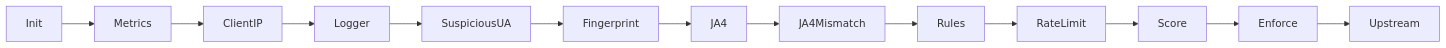
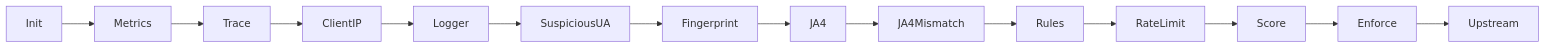
Before and after one commit to fharias/guardian-scrapy: the second of 9 diagrams in README.md, drawn with Mermaid. The commit also changed other lines of this file, not shown here.

````diff
--- a/README.md
+++ b/README.md
@@ -55,4 +57,4 @@
 ```mermaid
 flowchart LR
-  init[Init] --> mets[Metrics] --> ip[ClientIP] --> logger[Logger] --> ua[SuspiciousUA] --> fp[Fingerprint] --> ja4src[JA4] --> ja4[JA4Mismatch] --> rules[Rules] --> limite[RateLimit] --> score[Score] --> enforce[Enforce] --> origen[Upstream]
+  init[Init] --> mets[Metrics] --> trace[Trace] --> ip[ClientIP] --> logger[Logger] --> ua[SuspiciousUA] --> fp[Fingerprint] --> ja4src[JA4] --> ja4[JA4Mismatch] --> rules[Rules] --> limite[RateLimit] --> score[Score] --> enforce[Enforce] --> origen[Upstream]
 ```
````
